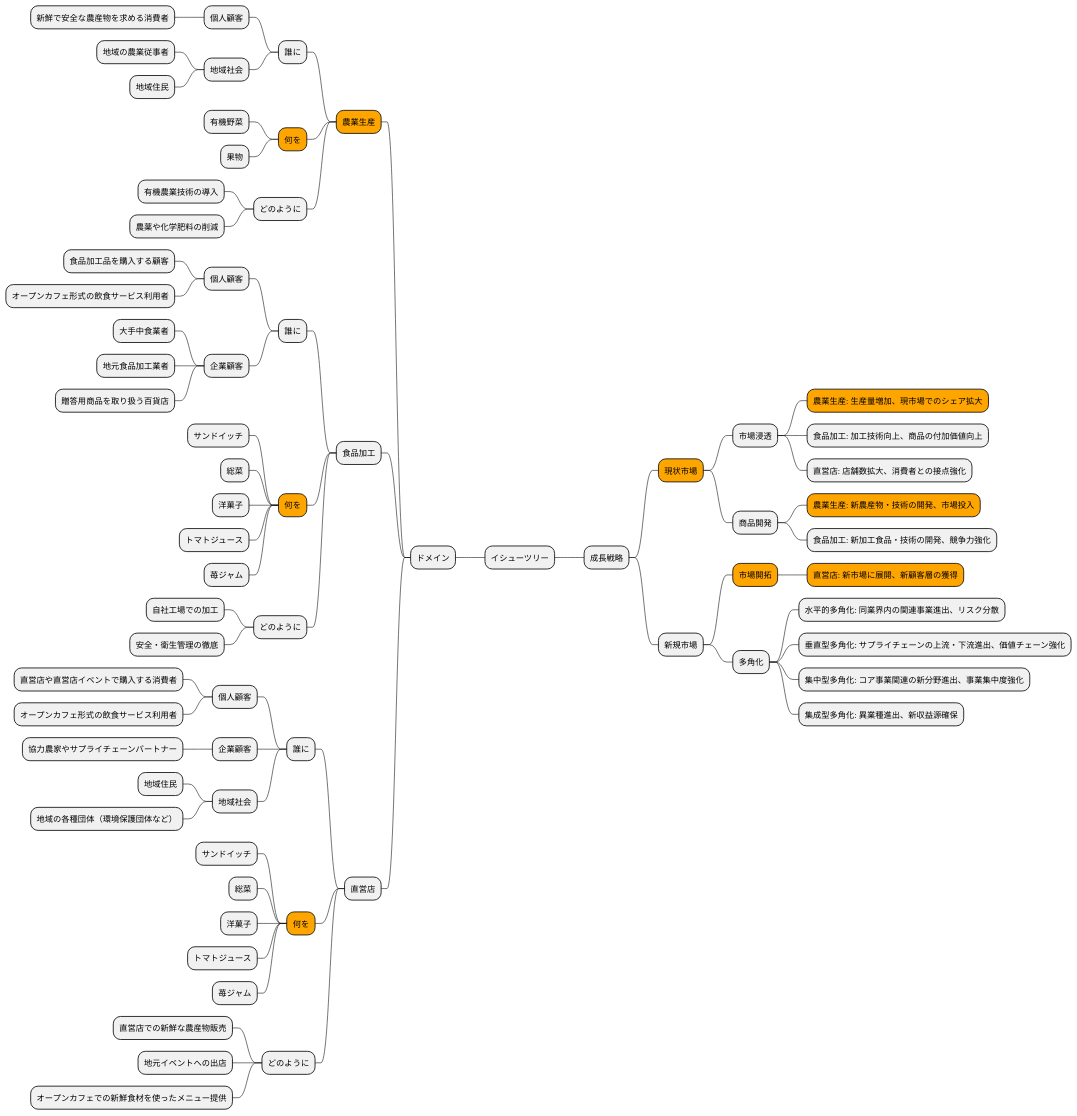
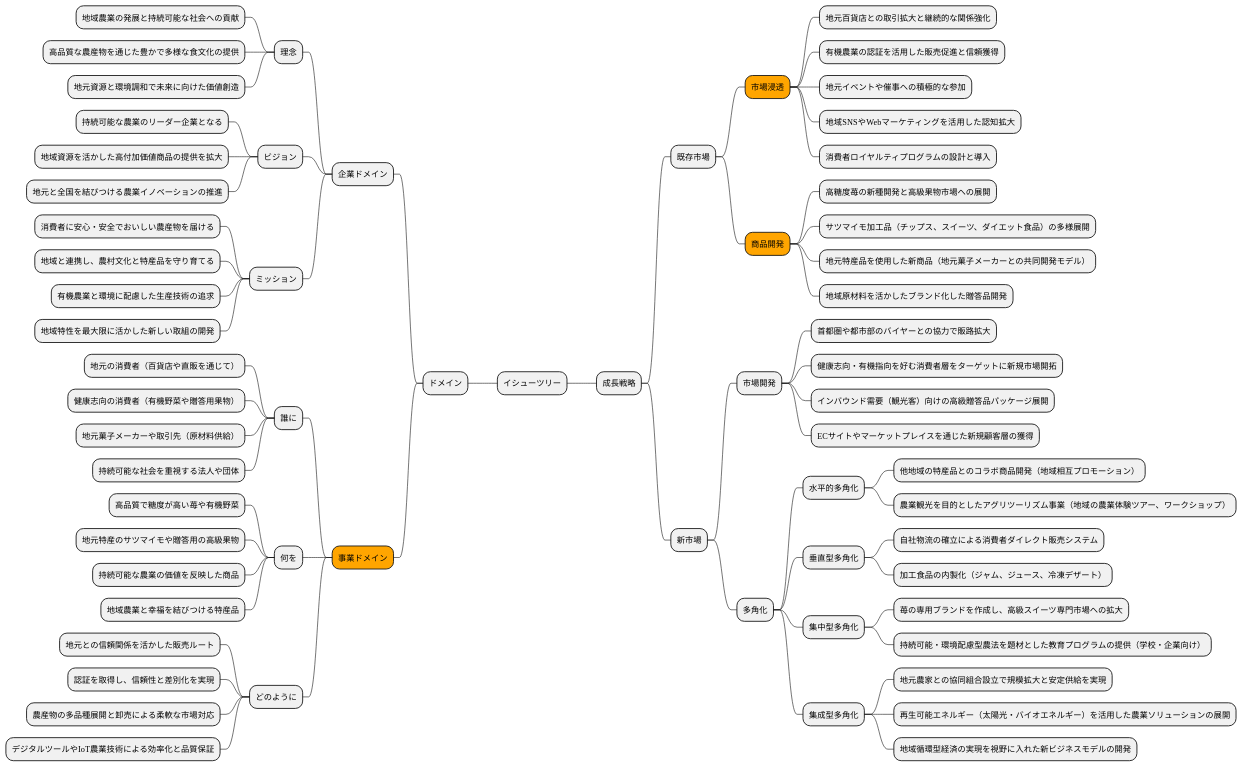
The seventh of 19 diagrams in docs/case/r04_case_1.adoc (k2works/case-study-business-analysis), drawn with PlantUML before and after one commit. The commit also changed other lines of this file, not shown here.

```diff
--- a/docs/case/r04_case_1.adoc
+++ b/docs/case/r04_case_1.adoc
@@ -278,76 +326,72 @@
 [plantuml]
 ----
 @startmindmap
 * イシューツリー
 ** 成長戦略
-***[#orange] 現状市場
-**** 市場浸透
-*****[#orange] 農業生産: 生産量増加、現市場でのシェア拡大
-***** 食品加工: 加工技術向上、商品の付加価値向上
-***** 直営店: 店舗数拡大、消費者との接点強化
-**** 商品開発
-*****[#orange] 農業生産: 新農産物・技術の開発、市場投入
-***** 食品加工: 新加工食品・技術の開発、競争力強化
-*** 新規市場
-****[#orange] 市場開拓
-*****[#orange] 直営店: 新市場に展開、新顧客層の獲得
+*** 既存市場
+****[#orange] 市場浸透
+***** 地元百貨店との取引拡大と継続的な関係強化
+***** 有機農業の認証を活用した販売促進と信頼獲得
+***** 地元イベントや催事への積極的な参加
+***** 地域SNSやWebマーケティングを活用した認知拡大
+***** 消費者ロイヤルティプログラムの設計と導入
+****[#orange] 商品開発
+***** 高糖度苺の新種開発と高級果物市場への展開
+***** サツマイモ加工品（チップス、スイーツ、ダイエット食品）の多様展開
+***** 地元特産品を使用した新商品（地元菓子メーカーとの共同開発モデル）
+***** 地域原材料を活かしたブランド化した贈答品開発
+*** 新市場
+**** 市場開発
+***** 首都圏や都市部のバイヤーとの協力で販路拡大
+***** 健康志向・有機指向を好む消費者層をターゲットに新規市場開拓
+***** インバウンド需要（観光客）向けの高級贈答品パッケージ展開
+***** ECサイトやマーケットプレイスを通じた新規顧客層の獲得
 **** 多角化
-***** 水平的多角化: 同業界内の関連事業進出、リスク分散
-***** 垂直型多角化: サプライチェーンの上流・下流進出、価値チェーン強化
-***** 集中型多角化: コア事業関連の新分野進出、事業集中度強化
-***** 集成型多角化: 異業種進出、新収益源確保
+***** 水平的多角化
+****** 他地域の特産品とのコラボ商品開発（地域相互プロモーション）
+****** 農業観光を目的としたアグリツーリズム事業（地域の農業体験ツアー、ワークショップ）
+***** 垂直型多角化
+****** 自社物流の確立による消費者ダイレクト販売システム
+****** 加工食品の内製化（ジャム、ジュース、冷凍デザート）
+***** 集中型多角化
+****** 苺の専用ブランドを作成し、高級スイーツ専門市場への拡大
+****** 持続可能・環境配慮型農法を題材とした教育プログラムの提供（学校・企業向け）
+***** 集成型多角化
+****** 地元農家との協同組合設立で規模拡大と安定供給を実現
+****** 再生可能エネルギー（太陽光・バイオエネルギー）を活用した農業ソリューションの展開
+****** 地域循環型経済の実現を視野に入れた新ビジネスモデルの開発
 left side
 ** ドメイン
-***[#orange] 農業生産
+*** 企業ドメイン
+**** 理念
+***** 地域農業の発展と持続可能な社会への貢献
+***** 高品質な農産物を通じた豊かで多様な食文化の提供
+***** 地元資源と環境調和で未来に向けた価値創造
+**** ビジョン
+***** 持続可能な農業のリーダー企業となる
+***** 地域資源を活かした高付加価値商品の提供を拡大
+***** 地元と全国を結びつける農業イノベーションの推進
+**** ミッション
+***** 消費者に安心・安全でおいしい農産物を届ける
+***** 地域と連携し、農村文化と特産品を守り育てる
+***** 有機農業と環境に配慮した生産技術の追求
+***** 地域特性を最大限に活かした新しい取組の開発
+***[#orange] 事業ドメイン
 **** 誰に
-***** 個人顧客
-****** 新鮮で安全な農産物を求める消費者
-***** 地域社会
-****** 地域の農業従事者
-****** 地域住民
-****[#orange] 何を
-***** 有機野菜
-***** 果物
+***** 地元の消費者（百貨店や直販を通じて）
+***** 健康志向の消費者（有機野菜や贈答用果物）
+***** 地元菓子メーカーや取引先（原材料供給）
+***** 持続可能な社会を重視する法人や団体
+**** 何を
+***** 高品質で糖度が高い苺や有機野菜
+***** 地元特産のサツマイモや贈答用の高級果物
+***** 持続可能な農業の価値を反映した商品
+***** 地域農業と幸福を結びつける特産品
 **** どのように
-***** 有機農業技術の導入
-***** 農薬や化学肥料の削減
-*** 食品加工
-**** 誰に
-***** 個人顧客
-****** 食品加工品を購入する顧客
-****** オープンカフェ形式の飲食サービス利用者
-***** 企業顧客
-****** 大手中食業者
-****** 地元食品加工業者
-****** 贈答用商品を取り扱う百貨店
-****[#orange] 何を
-***** サンドイッチ
-***** 総菜
-***** 洋菓子
-***** トマトジュース
-***** 苺ジャム
-**** どのように
-***** 自社工場での加工
-***** 安全・衛生管理の徹底
-*** 直営店
-**** 誰に
-***** 個人顧客
-****** 直営店や直営店イベントで購入する消費者
-****** オープンカフェ形式の飲食サービス利用者
-***** 企業顧客
-****** 協力農家やサプライチェーンパートナー
-***** 地域社会
-****** 地域住民
-****** 地域の各種団体（環境保護団体など）
-****[#orange] 何を
-***** サンドイッチ
-***** 総菜
-***** 洋菓子
-***** トマトジュース
-***** 苺ジャム
-**** どのように
-***** 直営店での新鮮な農産物販売
-***** 地元イベントへの出店
-***** オープンカフェでの新鮮食材を使ったメニュー提供
+***** 地元との信頼関係を活かした販売ルート
+***** 認証を取得し、信頼性と差別化を実現
+***** 農産物の多品種展開と卸売による柔軟な市場対応
+***** デジタルツールやIoT農業技術による効率化と品質保証
+
 @endmindmap
 ----
```
